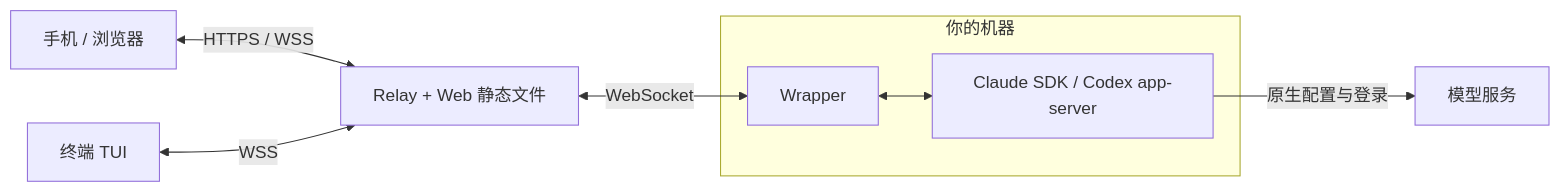
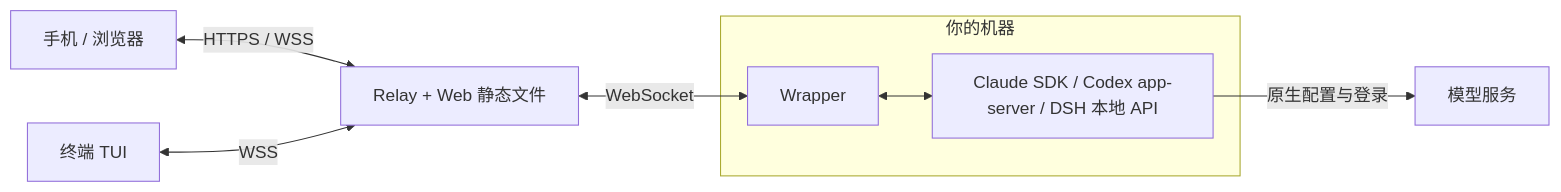
The diagram in README.md (TroyMitchell911/cc-remote), drawn with Mermaid before and after one commit. The commit also changed other lines of this file and 22 other files, not shown here.

````diff
--- a/README.md
+++ b/README.md
@@ -160,10 +180,10 @@
 ```mermaid
 flowchart LR
   browser["手机 / 浏览器"] <-->|HTTPS / WSS| relay["Relay + Web 静态文件"]
   terminal["终端 TUI"] <-->|WSS| relay
   subgraph device["你的机器"]
-    wrapper["Wrapper"] <--> engine["Claude SDK / Codex app-server"]
+    wrapper["Wrapper"] <--> engine["Claude SDK / Codex app-server / DSH 本地 API"]
   end
   relay <-->|WebSocket| wrapper
   engine -->|原生配置与登录| model["模型服务"]
 ```
````
